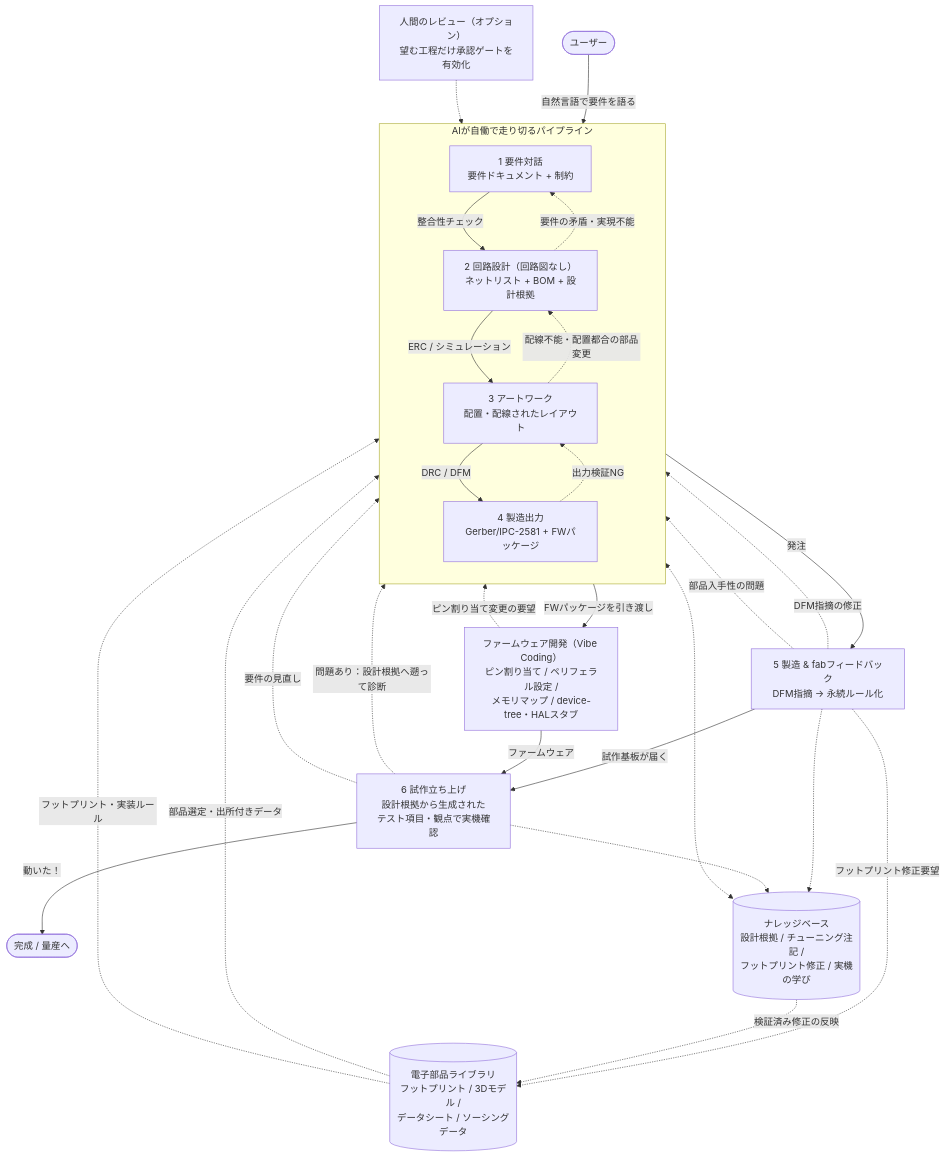
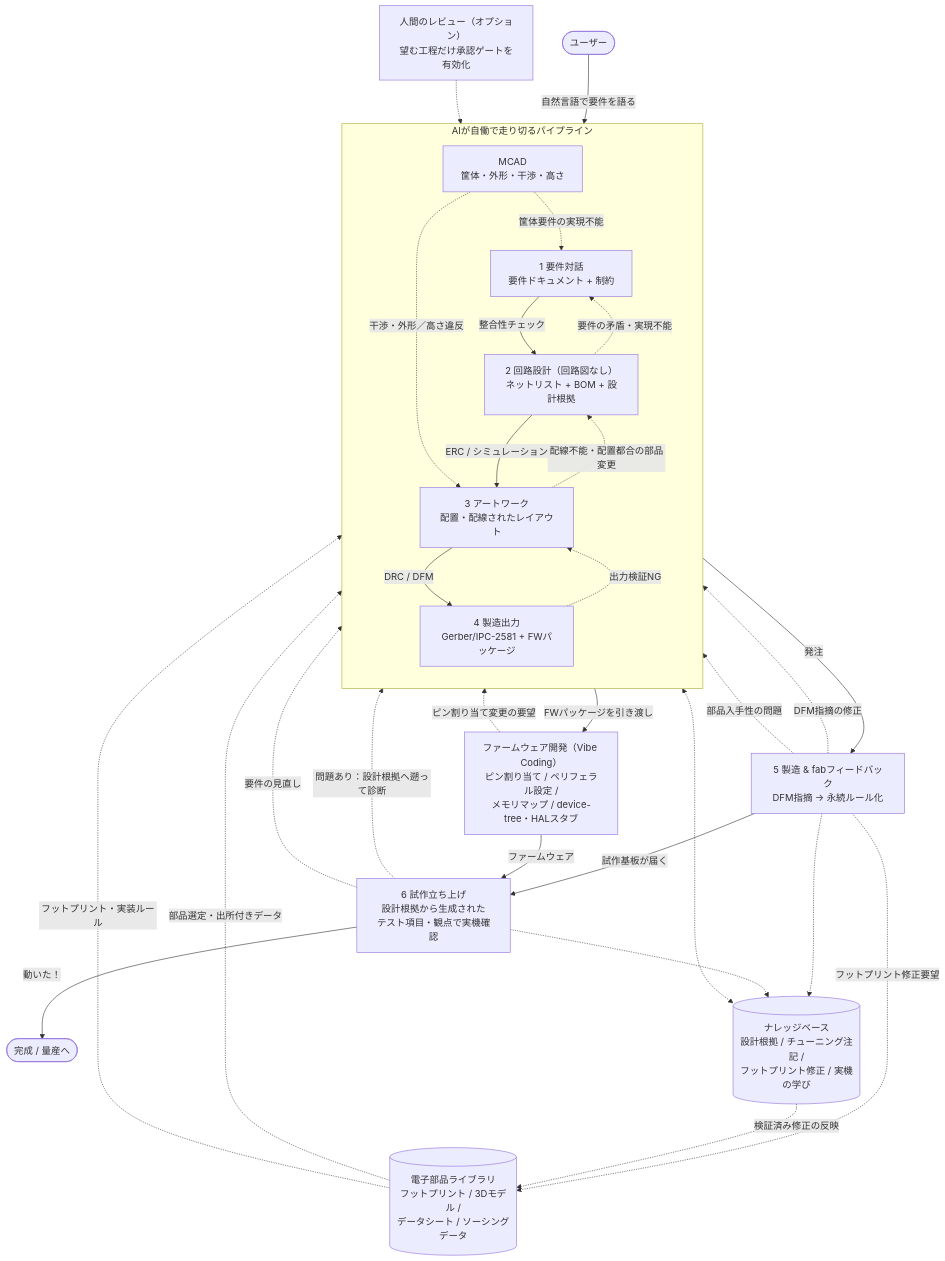
The diagram in README.md (uist1idrju3i/ACD), drawn with Mermaid before and after one commit. The commit also changed other lines of this file and 13 other files, not shown here.

````diff
--- a/README.md
+++ b/README.md
@@ -65,48 +65,51 @@
 ```mermaid
 flowchart TB
     U([ユーザー]) -->|自然言語で要件を語る| S1
 
     subgraph PIPE["AIが自働で走り切るパイプライン"]
         direction TB
         S1["1 要件対話<br/>要件ドキュメント + 制約"]
         S2["2 回路設計（回路図なし）<br/>ネットリスト + BOM + 設計根拠"]
         S3["3 アートワーク<br/>配置・配線されたレイアウト"]
         S4["4 製造出力<br/>Gerber/IPC-2581 + FWパッケージ"]
 
         S1 -->|整合性チェック| S2
         S2 -->|ERC / シミュレーション| S3
         S3 -->|DRC / DFM| S4
 
         S2 -.->|要件の矛盾・実現不能| S1
         S3 -.->|配線不能・配置都合の部品変更| S2
+        MCAD["MCAD<br/>筐体・外形・干渉・高さ"]
+        MCAD -.->|干渉・外形／高さ違反| S3
+        MCAD -.->|筐体要件の実現不能| S1
         S4 -.->|出力検証NG| S3
     end
 
     S4 -->|発注| FAB["5 製造 & fabフィードバック<br/>DFM指摘 → 永続ルール化"]
     FAB -->|試作基板が届く| S6["6 試作立ち上げ<br/>設計根拠から生成された<br/>テスト項目・観点で実機確認"]
 
     FW["ファームウェア開発（Vibe Coding）<br/>ピン割り当て / ペリフェラル設定 /<br/>メモリマップ / device-tree・HALスタブ"]
     S4 -->|FWパッケージを引き渡し| FW
     FW -->|ファームウェア| S6
     FW -.->|ピン割り当て変更の要望| S2
 
     S6 -->|"動いた！"| DONE([完成 / 量産へ])
     S6 -.->|"問題あり：設計根拠へ遡って診断"| S2
     S6 -.->|要件の見直し| S1
     FAB -.->|DFM指摘の修正| S3
     FAB -.->|部品入手性の問題| S2
 
     LIB[("電子部品ライブラリ<br/>フットプリント / 3Dモデル /<br/>データシート / ソーシングデータ")]
     LIB -.->|部品選定・出所付きデータ| S2
     LIB -.->|フットプリント・実装ルール| S3
     FAB -.->|フットプリント修正要望| LIB
 
     KB[("ナレッジベース<br/>設計根拠 / チューニング注記 /<br/>フットプリント修正 / 実機の学び")]
     PIPE <-.-> KB
     FAB -.-> KB
     S6 -.-> KB
     KB -.->|検証済み修正の反映| LIB
 
     OPT["人間のレビュー（オプション）<br/>望む工程だけ承認ゲートを有効化"]
     OPT -.-> PIPE
 ```
````
